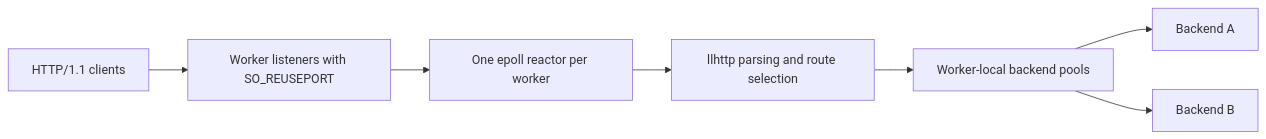
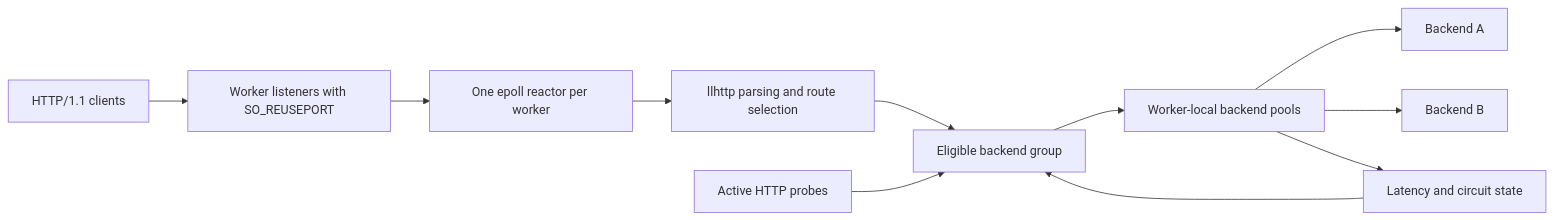
Before and after one commit to autophile-xox/AegisGate: the diagram in README.md, drawn with Mermaid. The commit also changed other lines of this file and 2 other files, not shown here.

```diff
--- a/README.md
+++ b/README.md
@@ -5,9 +5,13 @@
 ~~~mermaid
 flowchart LR
     C[HTTP/1.1 clients] --> L[Worker listeners with SO_REUSEPORT]
     L --> E[One epoll reactor per worker]
     E --> P[llhttp parsing and route selection]
-    P --> Q[Worker-local backend pools]
+    P --> B[Eligible backend group]
+    H[Active HTTP probes] --> B
+    B --> Q[Worker-local backend pools]
     Q --> A[Backend A]
-    Q --> B[Backend B]
+    Q --> O[Backend B]
+    Q --> S[Latency and circuit state]
+    S --> B
 ~~~
```
